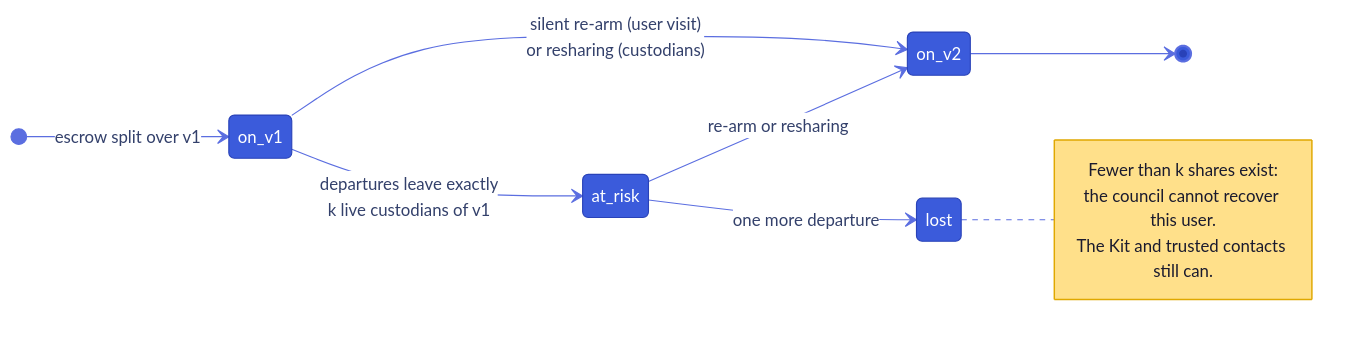
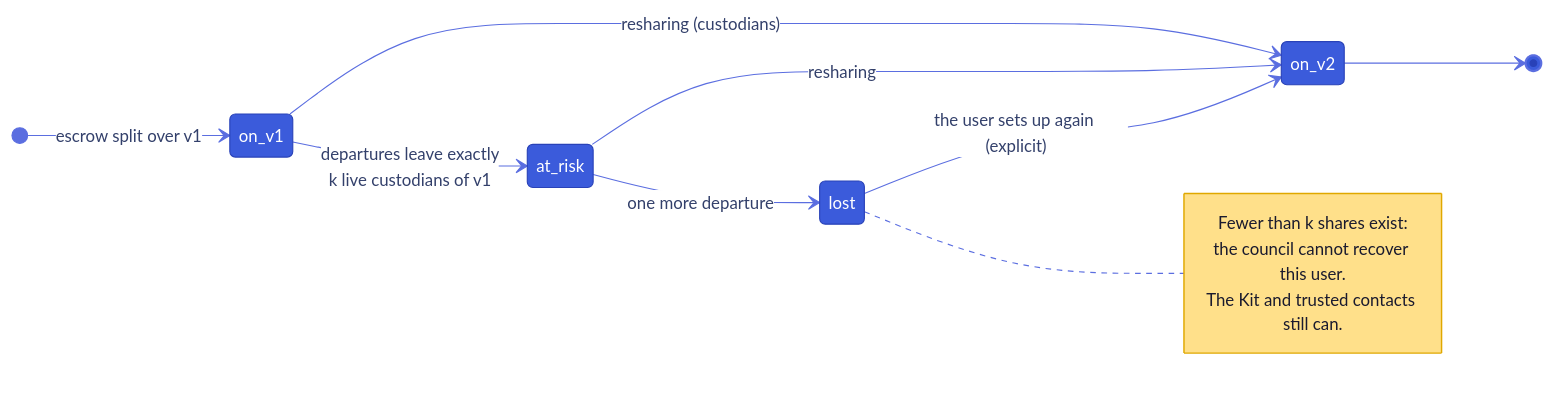
Diagram 17 of 22 in shamir.md (suitenumerique/encryption), drawn with Mermaid before and after one commit. The commit also changed other lines of this file and 91 other files, not shown here.

````diff
--- a/shamir.md
+++ b/shamir.md
@@ -591,16 +650,17 @@
 ```mermaid
 %%{init: {'theme':'base','look':'classic','themeVariables':{'fontSize':'15px','primaryColor':'#3b5bdb','primaryTextColor':'#fff','primaryBorderColor':'#2942b8','lineColor':'#5b6ee0','tertiaryColor':'#fff','labelBackgroundColor':'#ffffff','edgeLabelBackground':'#ffffff','transitionColor':'#5b6ee0','transitionLabelColor':'#33406b','noteBkgColor':'#ffe08a','noteTextColor':'#1a1a2e','noteBorderColor':'#e0a800'},'themeCSS':'.edgeLabel p{background-color:#fff;padding:4px 10px;border-radius:5px;margin:0;} .edgeLabel .labelBkg{background:transparent;} .statediagram-state .nodeLabel p{font-size:15px;padding:5px 12px;margin:0;}','stateDiagram':{'nodeSpacing':70,'rankSpacing':110,'padding':14,'useMaxWidth':true}}}%%
 stateDiagram-v2
   direction LR
   [*] --> on_v1: escrow split over v1
-  on_v1 --> on_v2: silent re-arm (user visit)<br/>or resharing (custodians)
+  on_v1 --> on_v2: resharing (custodians)
   on_v1 --> at_risk: departures leave exactly<br/>k live custodians of v1
-  at_risk --> on_v2: re-arm or resharing
+  at_risk --> on_v2: resharing
   at_risk --> lost: one more departure
+  lost --> on_v2: the user sets up again (explicit)
   on_v2 --> [*]
   note right of lost
     Fewer than k shares exist:
     the council cannot recover this user.
     The Kit and trusted contacts still can.
   end note
 ```
````
